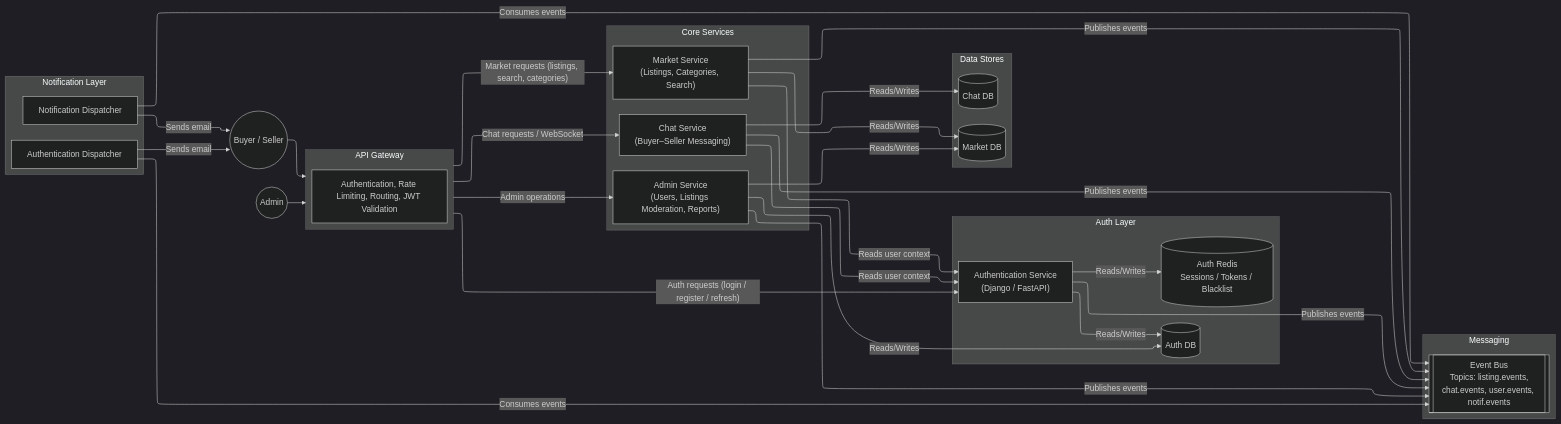
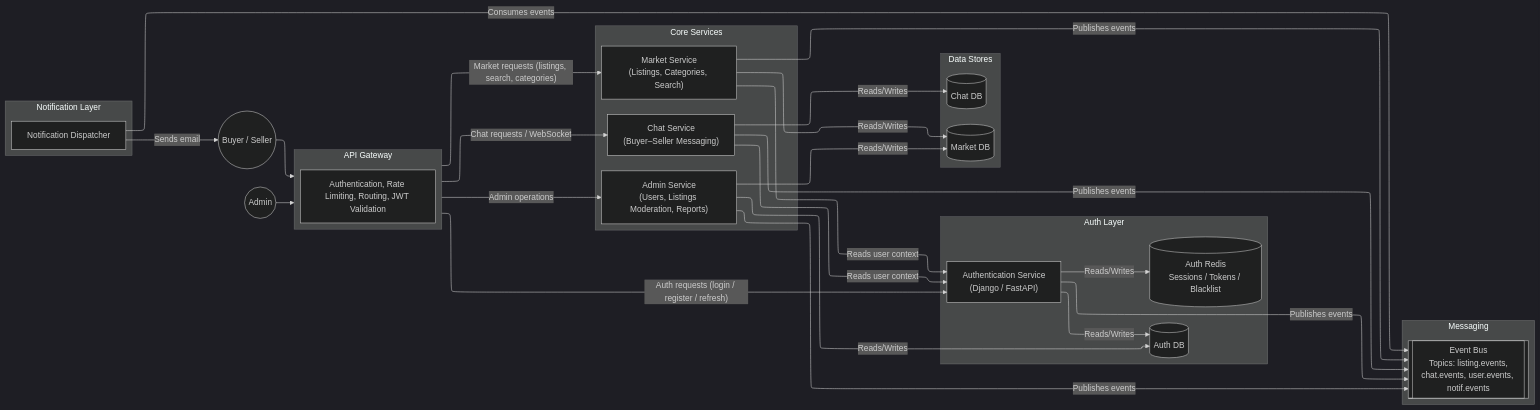
Before and after one commit to HDAI654/Kologram: the diagram in docs/high-level-architecture.md, drawn with Mermaid. The commit also changed 6 other files, not shown here.

````diff
--- a/docs/high-level-architecture.md
+++ b/docs/high-level-architecture.md
@@ -1,66 +1,63 @@
 ```mermaid
 ---
 config:
   theme: dark
   layout: elk
 ---
 flowchart LR
  subgraph Gateway["API Gateway"]
         GW["Authentication, Rate Limiting, Routing, JWT Validation"]
   end
 
  subgraph AuthLayer["Auth Layer"]
         AS["Authentication Service<br/>(Django / FastAPI)"]
         AuthDB[("Auth DB")]
         AuthRedis[("Auth Redis<br/>Sessions / Tokens / Blacklist")]
   end
 
  subgraph ServiceLayer["Core Services"]
         MS["Market Service<br/>(Listings, Categories, Search)"]
         CS["Chat Service<br/>(Buyer–Seller Messaging)"]
         AD["Admin Service<br/>(Users, Listings Moderation, Reports)"]
   end
 
  subgraph NotificationLayer["Notification Layer"]
         ND["Notification Dispatcher"]
-        ADP["Authentication Dispatcher"]
   end
 
  subgraph DataStores["Data Stores"]
         MarketDB[("Market DB")]
         ChatDB[("Chat DB")]
   end
 
  subgraph Messaging["Messaging"]
         EB[["Event Bus<br/>Topics: listing.events,<br/>chat.events, user.events, notif.events"]]
   end
 
     User(("Buyer / Seller")) --> Gateway
     Admin(("Admin")) --> Gateway
 
     Gateway -- "Auth requests (login / register / refresh)" --> AS
     Gateway -- "Market requests (listings, search, categories)" --> MS
     Gateway -- "Chat requests / WebSocket" --> CS
     Gateway -- "Admin operations" --> AD
 
     AS -- Reads/Writes --> AuthDB
     AS -- Reads/Writes --> AuthRedis
 
     MS -- Reads/Writes --> MarketDB
     CS -- Reads/Writes --> ChatDB
     AD -- Reads/Writes --> MarketDB
     AD -- Reads/Writes --> AuthDB
 
     MS -- Publishes events --> EB
     CS -- Publishes events --> EB
     AS -- Publishes events --> EB
     AD -- Publishes events --> EB
 
     ND -- Consumes events --> EB
-    ADP -- Consumes events --> EB
     ND -- Sends email --> User
-    ADP -- Sends email --> User
 
     MS -- Reads user context --> AS
     CS -- Reads user context --> AS
 ```
````
